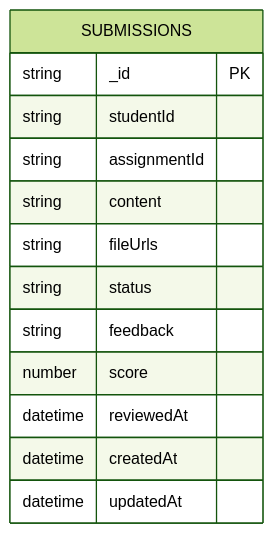
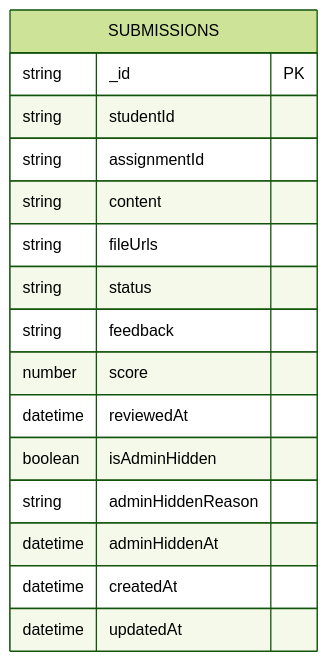
One commit to Voyager003/Learniverse changed the second of 2 diagrams in README.md. Above: the diagram before and after it, drawn with Mermaid (forest theme). The commit also changed other lines of this file and 1 other file, not shown here.

````diff
--- a/README.md
+++ b/README.md
@@ -198,16 +242,19 @@
 ```mermaid
 erDiagram
     SUBMISSIONS {
       string _id PK
       string studentId
       string assignmentId
       string content
       string fileUrls
       string status
       string feedback
       number score
       datetime reviewedAt
+      boolean isAdminHidden
+      string adminHiddenReason
+      datetime adminHiddenAt
       datetime createdAt
       datetime updatedAt
     }
 ```
````
